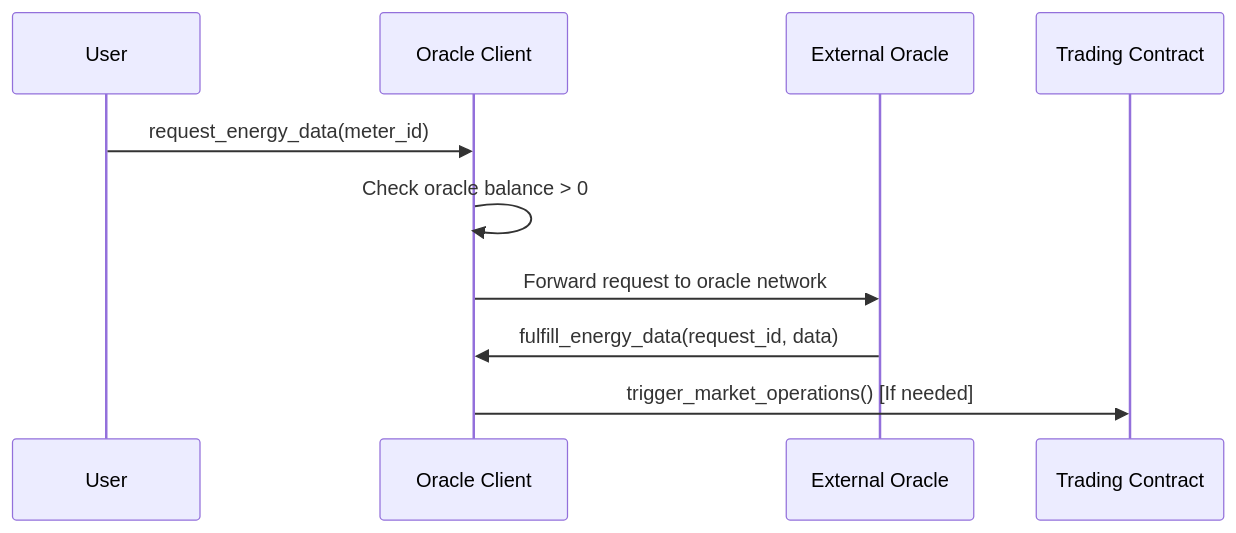
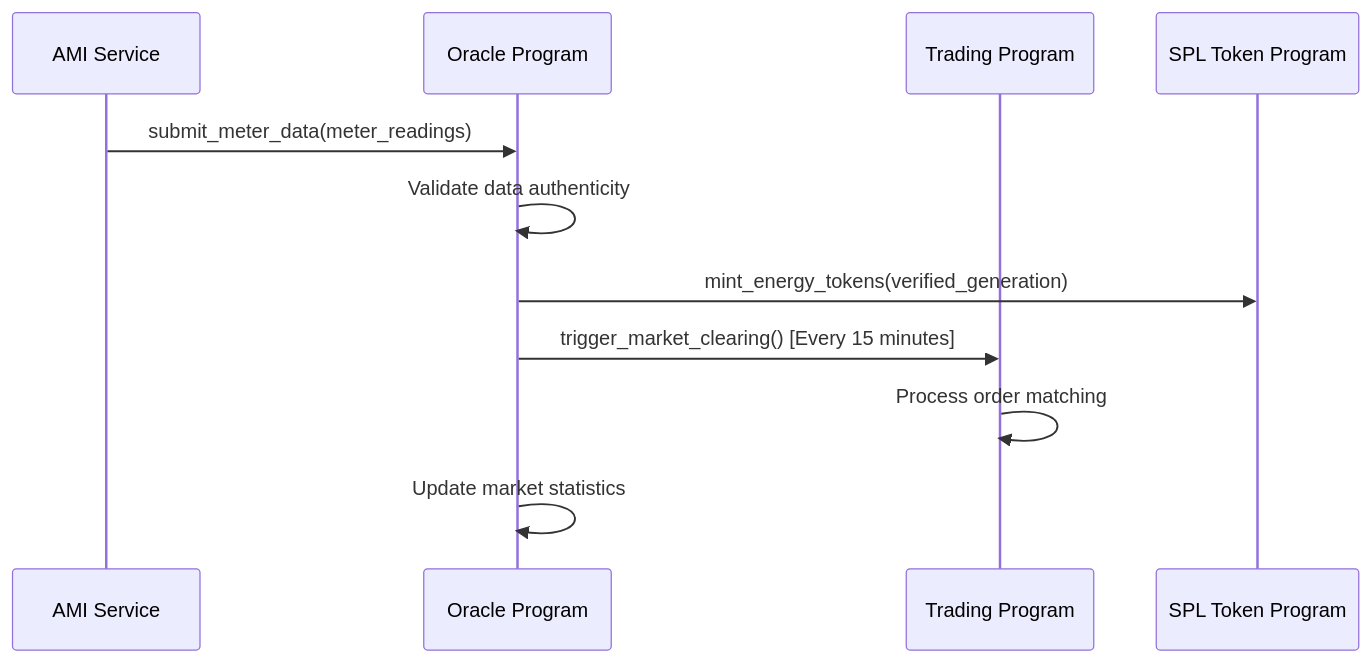
One commit to NakaSato/p2p changed the fifth of 5 diagrams in docs/TECHNICAL_SUMMARY.md. Above: the diagram before and after it, drawn with Mermaid. The commit also changed other lines of this file and 21 other files, not shown here.

````diff
--- a/docs/TECHNICAL_SUMMARY.md
+++ b/docs/TECHNICAL_SUMMARY.md
@@ -234,13 +276,14 @@
 ```mermaid
 sequenceDiagram
-    participant U as User
-    participant OC as Oracle Client
-    participant EO as External Oracle
-    participant TC as Trading Contract
+    participant AMI as AMI Service
+    participant OP as Oracle Program
+    participant TP as Trading Program
+    participant SPL as SPL Token Program
     
-    U->>OC: request_energy_data(meter_id)
-    OC->>OC: Check oracle balance > 0
-    OC->>EO: Forward request to oracle network
-    EO->>OC: fulfill_energy_data(request_id, data)
-    OC->>TC: trigger_market_operations() [If needed]
+    AMI->>OP: submit_meter_data(meter_readings)
+    OP->>OP: Validate data authenticity
+    OP->>SPL: mint_energy_tokens(verified_generation)
+    OP->>TP: trigger_market_clearing() [Every 15 minutes]
+    TP->>TP: Process order matching
+    OP->>OP: Update market statistics
 ```
````
